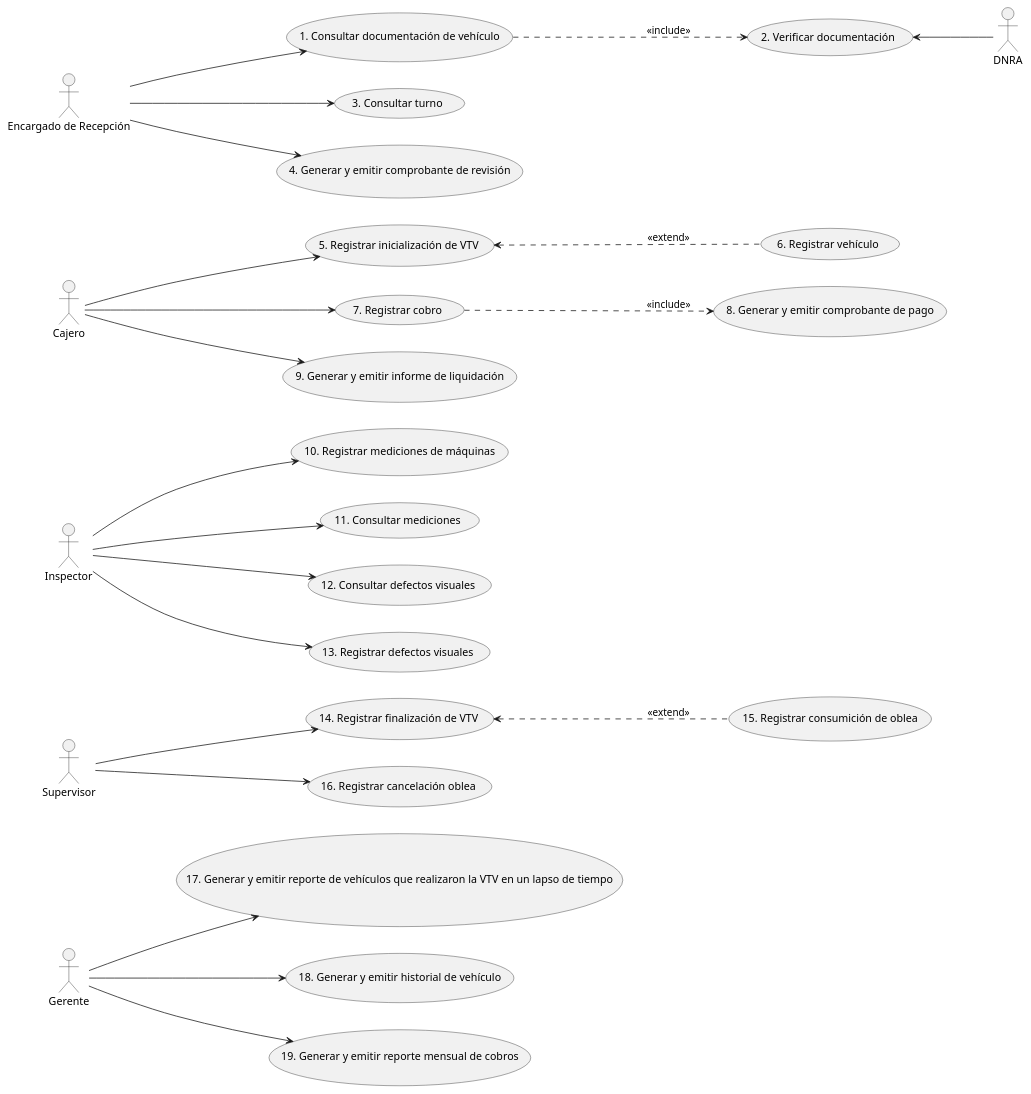
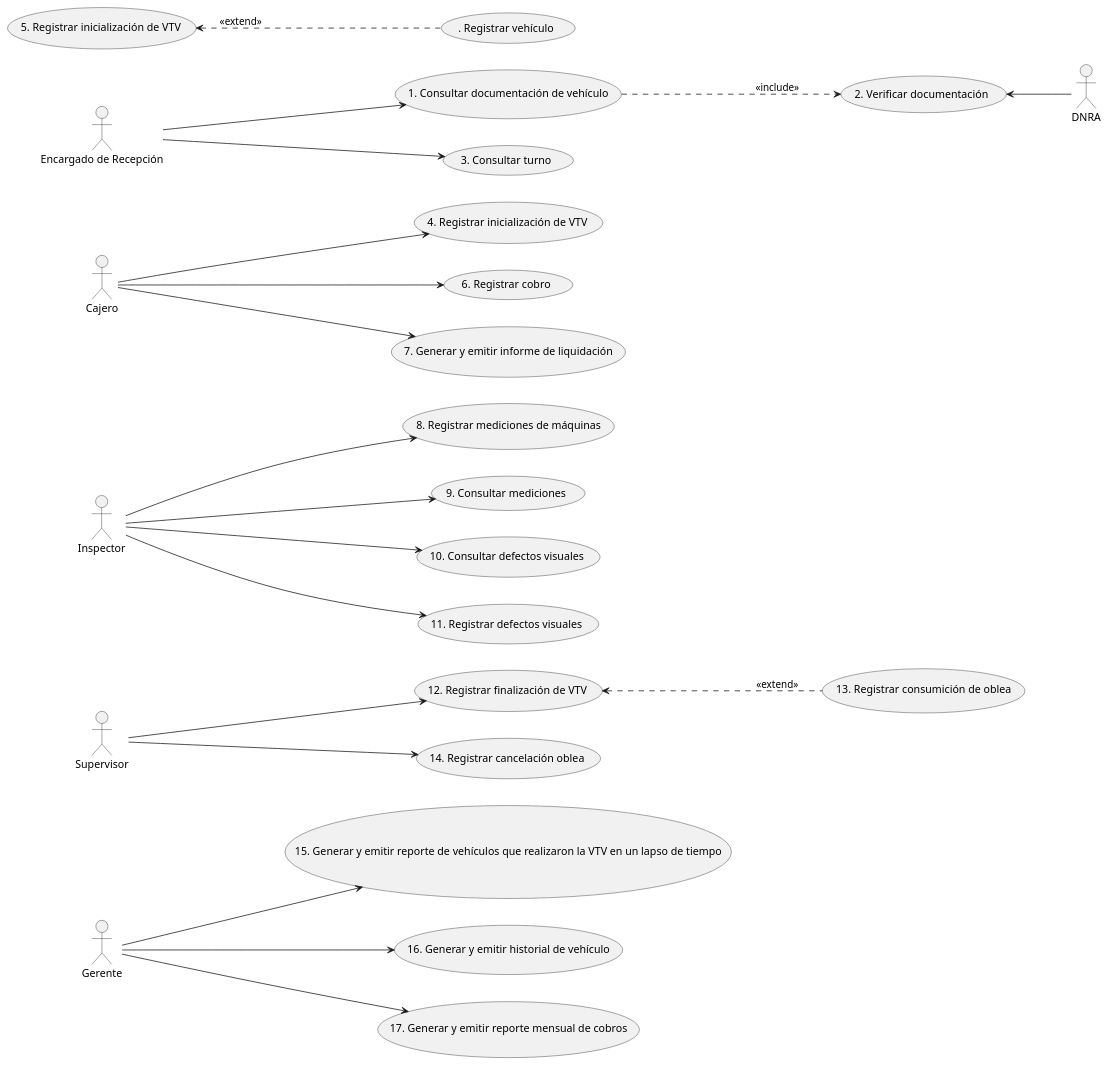
The second of 3 diagrams in Diagramas.plantuml (JulianFermani/TPI2024-CA13), drawn with PlantUML before and after one commit. The commit also changed other lines of this file, not shown here.

```diff
--- a/Diagramas.plantuml
+++ b/Diagramas.plantuml
@@ -189,35 +189,34 @@
 @startuml Diagrama_de_casos_de_uso_esenciales
 left to right direction
 :Gerente: as G
 :Supervisor: as S
 :Inspector: as I
 :Cajero: as C
 :Encargado de Recepción: as ER
 :DNRA: as DNRA
 
 ER --> (1. Consultar documentación de vehículo)
 (1. Consultar documentación de vehículo) ..> (2. Verificar documentación) : <<include>>
 (2. Verificar documentación) <-- DNRA 
 ER --> (3. Consultar turno)
-ER --> (4. Generar y emitir comprobante de revisión)
 
-C --> (5. Registrar inicialización de VTV)
-(5. Registrar inicialización de VTV) <.. (6. Registrar vehículo) : <<extend>> 
-C --> (7. Registrar cobro)
-(7. Registrar cobro) ..> (8. Generar y emitir comprobante de pago) : <<include>>
-C --> (9. Generar y emitir informe de liquidación)
+C --> (4. Registrar inicialización de VTV)
+(5. Registrar inicialización de VTV) <.. (. Registrar vehículo) : <<extend>> 
+C --> (6. Registrar cobro)
+(6. Registrar cobro)
+C --> (7. Generar y emitir informe de liquidación)
 
-I --> (10. Registrar mediciones de máquinas)
-I --> (11. Consultar mediciones)
-I --> (12. Consultar defectos visuales)
-I --> (13. Registrar defectos visuales)
+I --> (8. Registrar mediciones de máquinas)
+I --> (9. Consultar mediciones)
+I --> (10. Consultar defectos visuales)
+I --> (11. Registrar defectos visuales)
 
-S --> (14. Registrar finalización de VTV) 
-(14. Registrar finalización de VTV) <.. (15. Registrar consumición de oblea)  : <<extend>>
-S --> (16. Registrar cancelación oblea)
+S --> (12. Registrar finalización de VTV) 
+(12. Registrar finalización de VTV) <.. (13. Registrar consumición de oblea)  : <<extend>>
+S --> (14. Registrar cancelación oblea)
 
-G --> (17. Generar y emitir reporte de vehículos que realizaron la VTV en un lapso de tiempo)
-G --> (18. Generar y emitir historial de vehículo)
-G --> (19. Generar y emitir reporte mensual de cobros)
+G --> (15. Generar y emitir reporte de vehículos que realizaron la VTV en un lapso de tiempo)
+G --> (16. Generar y emitir historial de vehículo)
+G --> (17. Generar y emitir reporte mensual de cobros)
 
 @enduml
```
